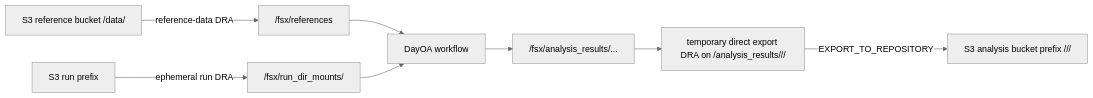
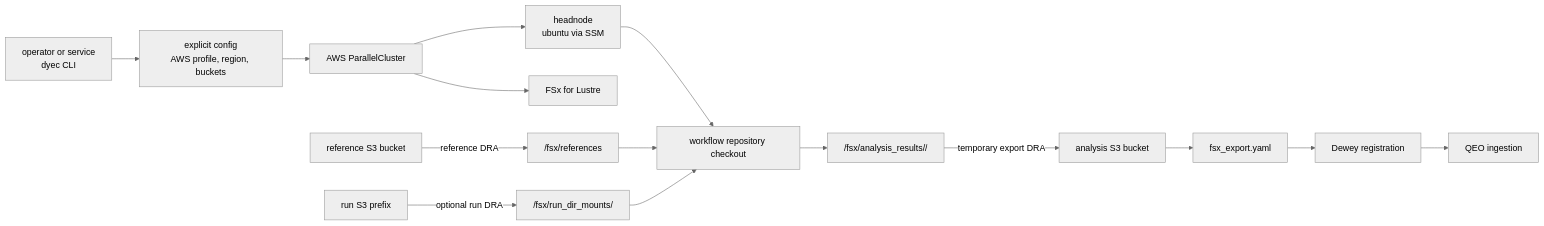
Before and after one commit to Daylily-Informatics/daylily-ephemeral-cluster: the diagram in README.md, drawn with Mermaid (neutral theme). The commit also changed other lines of this file and 88 other files, not shown here.

````diff
--- a/README.md
+++ b/README.md
@@ -129,10 +17,17 @@
 ```mermaid
 flowchart LR
-  Ref["S3 reference bucket /data/"] -->|reference-data DRA| Data["/fsx/references"]
-  Run["S3 run prefix"] -->|ephemeral run DRA| Mount["/fsx/run_dir_mounts/<mount_id>"]
-  Data --> Workflow["DayOA workflow"]
-  Mount --> Workflow
-  Workflow --> Results["/fsx/analysis_results/..."]
-  Results --> Export["temporary direct export DRA on /analysis_results/<executing_entity>/<analysis_id>/"]
-  Export -->|EXPORT_TO_REPOSITORY| Analysis["S3 analysis bucket prefix /<executing_entity>/<analysis_id>/"]
+  Operator["operator or service<br/>dyec CLI"] --> Config["explicit config<br/>AWS profile, region, buckets"]
+  Config --> Pcluster["AWS ParallelCluster"]
+  Pcluster --> Headnode["headnode<br/>ubuntu via SSM"]
+  Pcluster --> FSx["FSx for Lustre"]
+  RefBucket["reference S3 bucket"] -->|reference DRA| References["/fsx/references"]
+  RunBucket["run S3 prefix"] -->|optional run DRA| RunMount["/fsx/run_dir_mounts/<mount_id>"]
+  Headnode --> Repo["workflow repository checkout"]
+  References --> Repo
+  RunMount --> Repo
+  Repo --> Results["/fsx/analysis_results/<entity>/<analysis_id>"]
+  Results -->|temporary export DRA| AnalysisBucket["analysis S3 bucket"]
+  AnalysisBucket --> Receipt["fsx_export.yaml"]
+  Receipt --> Dewey["Dewey registration"]
+  Dewey --> QEO["QEO ingestion"]
 ```
````
